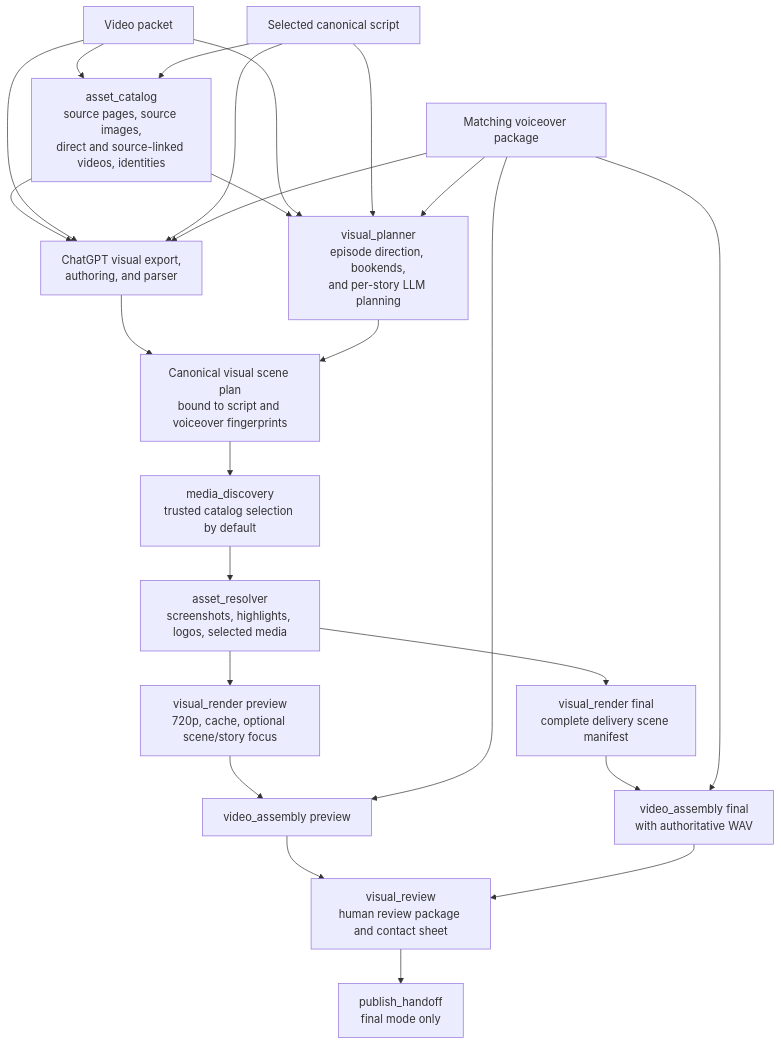
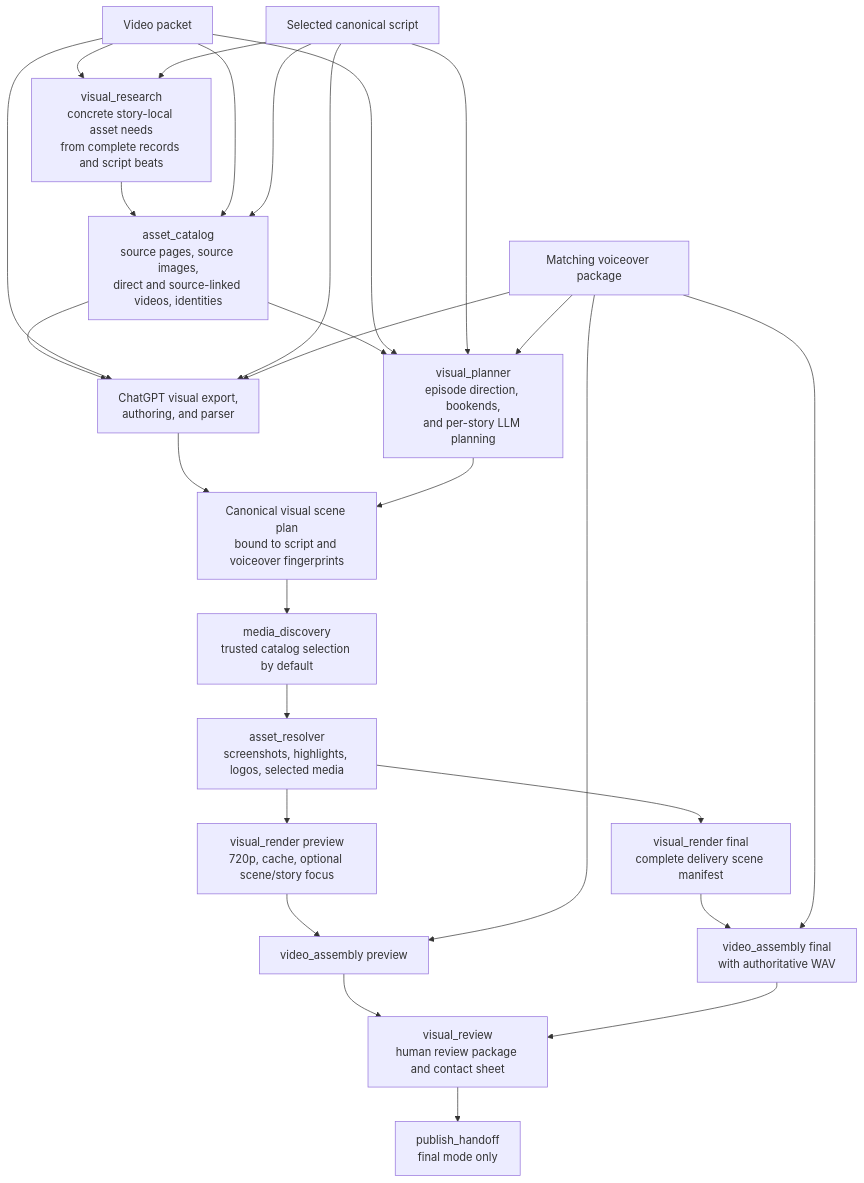
One commit to Eswar021/ai-news-pipeline changed the sixth of 7 diagrams in docs/current_system_architecture.md. Above: the diagram before and after it, drawn with Mermaid. The commit also changed other lines of this file and 173 other files, not shown here.

````diff
--- a/docs/current_system_architecture.md
+++ b/docs/current_system_architecture.md
@@ -360,40 +375,44 @@
 ```mermaid
 flowchart TD
     packet[Video packet]
     script[Selected canonical script]
     voice[Matching voiceover package]
 
+    research[visual_research<br/>concrete story-local asset needs<br/>from complete records and script beats]
     catalog[asset_catalog<br/>source pages, source images,<br/>direct and source-linked videos, identities]
 
     nativePlan[visual_planner<br/>episode direction, bookends,<br/>and per-story LLM planning]
     handoff[ChatGPT visual export,<br/>authoring, and parser]
     plan[Canonical visual scene plan<br/>bound to script and voiceover fingerprints]
 
     media[media_discovery<br/>trusted catalog selection by default]
     resolver[asset_resolver<br/>screenshots, highlights, logos, selected media]
 
     preview[visual_render preview<br/>720p, cache, optional scene/story focus]
     finalRender[visual_render final<br/>complete delivery scene manifest]
     previewAssembly[video_assembly preview]
     finalAssembly[video_assembly final<br/>with authoritative WAV]
     review[visual_review<br/>human review package and contact sheet]
     publish[publish_handoff<br/>final mode only]
 
+    packet --> research
+    script --> research
+    research --> catalog
     packet --> catalog
     script --> catalog
     catalog --> nativePlan
     packet --> nativePlan
     script --> nativePlan
     voice --> nativePlan
     catalog --> handoff
     packet --> handoff
     script --> handoff
     voice --> handoff
     handoff --> plan
     nativePlan --> plan
     plan --> media --> resolver
     resolver --> preview --> previewAssembly --> review
     resolver --> finalRender --> finalAssembly --> review --> publish
     voice --> previewAssembly
     voice --> finalAssembly
 ```
````
